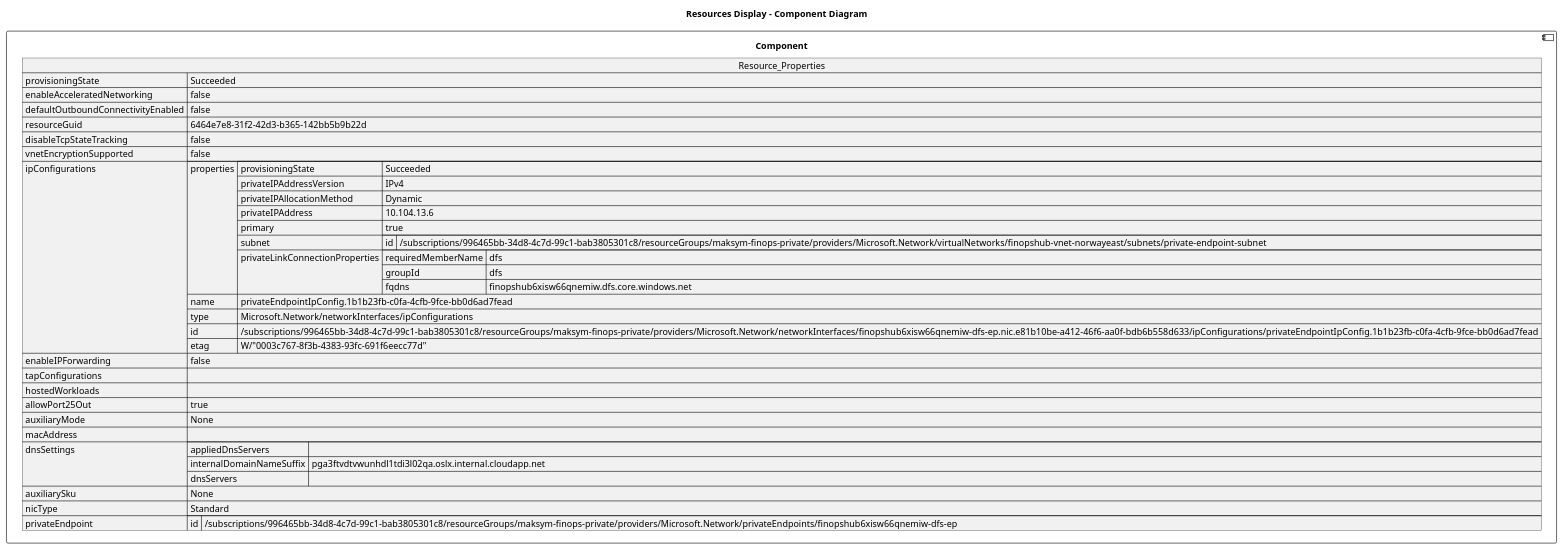
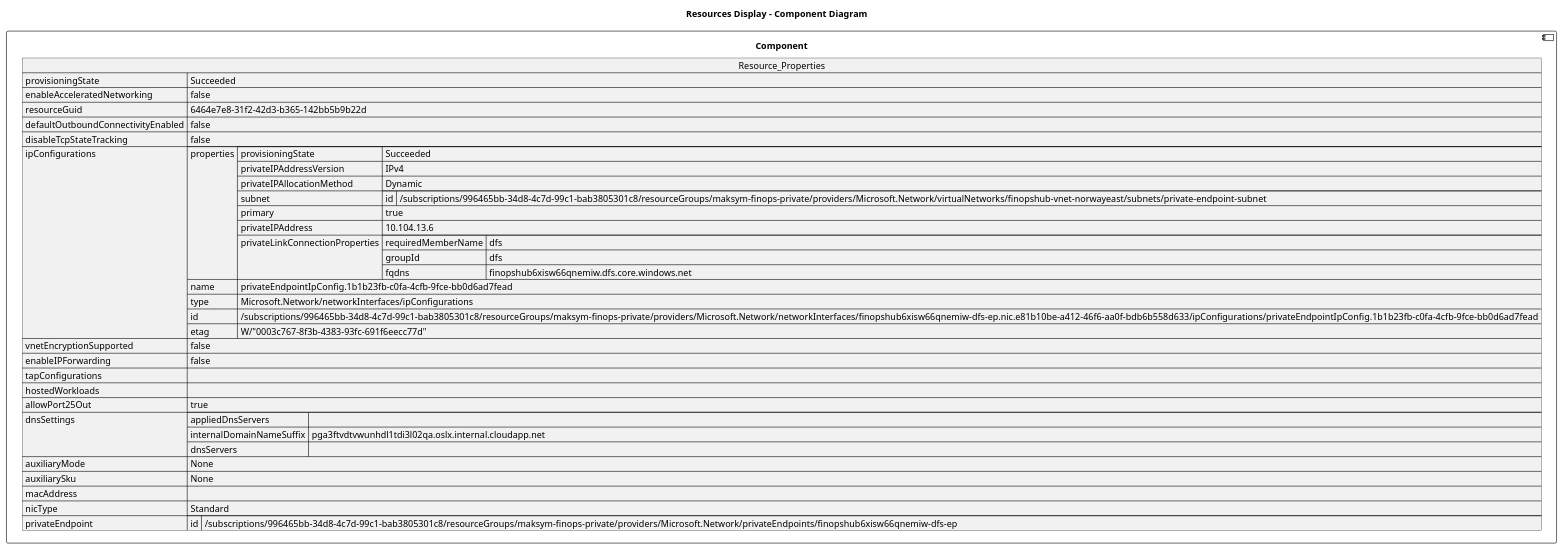
The diagram in architectureDesign/PUML/maksym-finops-private_Resources/finopshub6xisw66qnemiw_dfs_ep.nic.e81b10be_a412_46f6_aa0f_bdb6b558d633.puml (DanielAmpong/Test-Azure-architecture-diagram), drawn with PlantUML before and after one commit. The commit also changed other lines of this file and 338 other files, not shown here.

```diff
--- a/architectureDesign/PUML/maksym-finops-private_Resources/finopshub6xisw66qnemiw_dfs_ep.nic.e81b10be_a412_46f6_aa0f_bdb6b558d633.puml
+++ b/architectureDesign/PUML/maksym-finops-private_Resources/finopshub6xisw66qnemiw_dfs_ep.nic.e81b10be_a412_46f6_aa0f_bdb6b558d633.puml
@@ -1,57 +1,57 @@
 @startuml
 
 title Resources Display - Component Diagram
 
 component Component {
 
 json  Resource_Properties {
   "provisioningState": "Succeeded",
   "enableAcceleratedNetworking": false,
+  "resourceGuid": "6464e7e8-31f2-42d3-b365-142bb5b9b22d",
   "defaultOutboundConnectivityEnabled": false,
-  "resourceGuid": "6464e7e8-31f2-42d3-b365-142bb5b9b22d",
   "disableTcpStateTracking": false,
-  "vnetEncryptionSupported": false,
   "ipConfigurations": [
     {
       "properties": {
         "provisioningState": "Succeeded",
         "privateIPAddressVersion": "IPv4",
         "privateIPAllocationMethod": "Dynamic",
-        "privateIPAddress": "10.104.13.6",
-        "primary": true,
         "subnet": {
           "id": "/subscriptions/996465bb-34d8-4c7d-99c1-bab3805301c8/resourceGroups/maksym-finops-private/providers/Microsoft.Network/virtualNetworks/finopshub-vnet-norwayeast/subnets/private-endpoint-subnet"
         },
+        "primary": true,
+        "privateIPAddress": "10.104.13.6",
         "privateLinkConnectionProperties": {
           "requiredMemberName": "dfs",
           "groupId": "dfs",
           "fqdns": [
             "finopshub6xisw66qnemiw.dfs.core.windows.net"
           ]
         }
       },
       "name": "privateEndpointIpConfig.1b1b23fb-c0fa-4cfb-9fce-bb0d6ad7fead",
       "type": "Microsoft.Network/networkInterfaces/ipConfigurations",
       "id": "/subscriptions/996465bb-34d8-4c7d-99c1-bab3805301c8/resourceGroups/maksym-finops-private/providers/Microsoft.Network/networkInterfaces/finopshub6xisw66qnemiw-dfs-ep.nic.e81b10be-a412-46f6-aa0f-bdb6b558d633/ipConfigurations/privateEndpointIpConfig.1b1b23fb-c0fa-4cfb-9fce-bb0d6ad7fead",
       "etag": "W/\"0003c767-8f3b-4383-93fc-691f6eecc77d\""
     }
   ],
+  "vnetEncryptionSupported": false,
   "enableIPForwarding": false,
   "tapConfigurations": [],
   "hostedWorkloads": [],
   "allowPort25Out": true,
-  "auxiliaryMode": "None",
-  "macAddress": "",
   "dnsSettings": {
     "appliedDnsServers": [],
     "internalDomainNameSuffix": "pga3ftvdtvwunhdl1tdi3l02qa.oslx.internal.cloudapp.net",
     "dnsServers": []
   },
+  "auxiliaryMode": "None",
   "auxiliarySku": "None",
+  "macAddress": "",
   "nicType": "Standard",
   "privateEndpoint": {
     "id": "/subscriptions/996465bb-34d8-4c7d-99c1-bab3805301c8/resourceGroups/maksym-finops-private/providers/Microsoft.Network/privateEndpoints/finopshub6xisw66qnemiw-dfs-ep"
   }
 }
 }
 @enduml
```
